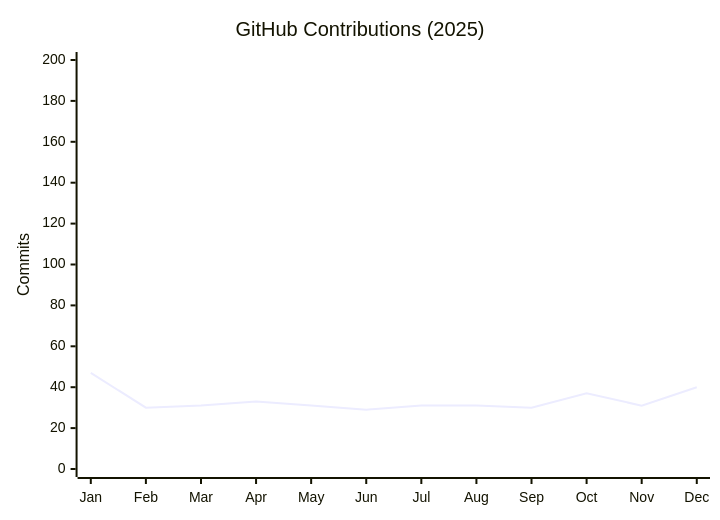
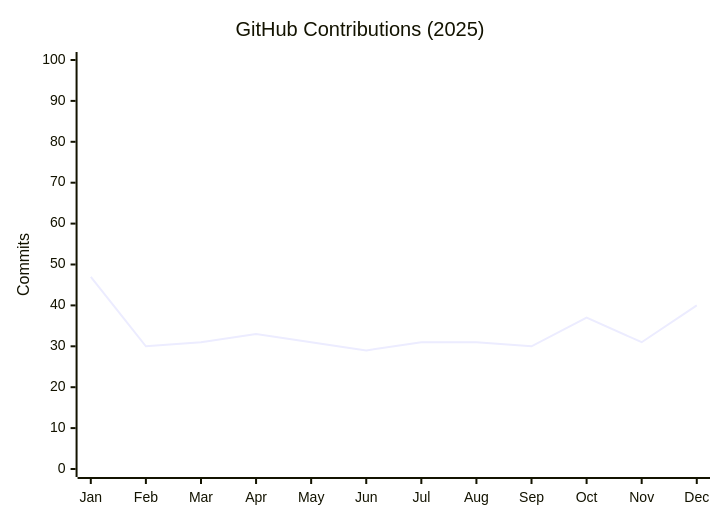
One commit to lorenz-MotionGraphics/lorenz-MotionGraphics changed the diagram in README.md. Above: the diagram before and after it, drawn with Mermaid.

````diff
--- a/README.md
+++ b/README.md
@@ -13,7 +13,7 @@
 ```mermaid
 xychart-beta
     title "GitHub Contributions (2025)"
     x-axis ["Jan","Feb","Mar","Apr","May","Jun","Jul","Aug","Sep","Oct","Nov","Dec"]
-    y-axis "Commits" 0 --> 200
+    y-axis "Commits" 0 --> 100
     line [47, 30, 31, 33, 31, 29, 31, 31, 30, 37, 31, 40]
 ```
````
